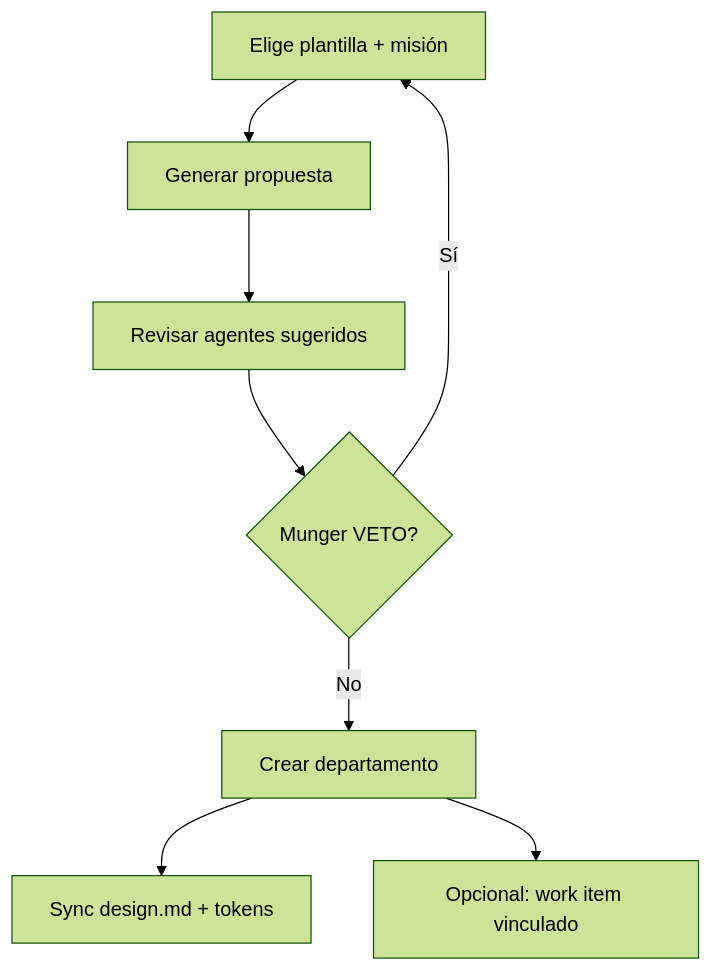
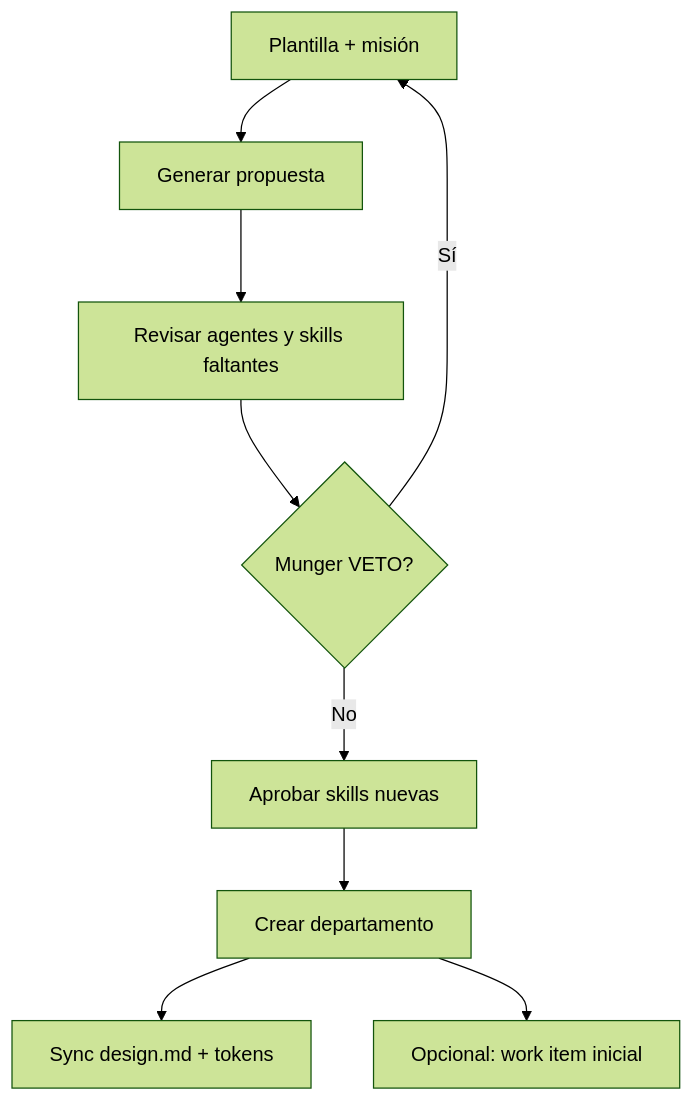
Before and after one commit to kreodevs/ia-company: the diagram in frontend/src/content/help/guia-departamentos.md, drawn with Mermaid (forest theme). The commit also changed other lines of this file and 21 other files, not shown here.

````diff
--- a/frontend/src/content/help/guia-departamentos.md
+++ b/frontend/src/content/help/guia-departamentos.md
@@ -20,10 +32,11 @@
 ```mermaid
 flowchart TD
-  A[Elige plantilla + misión] --> B[Generar propuesta]
-  B --> C[Revisar agentes sugeridos]
+  A[Plantilla + misión] --> B[Generar propuesta]
+  B --> C[Revisar agentes y skills faltantes]
   C --> D{Munger VETO?}
   D -->|Sí| A
-  D -->|No| E[Crear departamento]
-  E --> F[Sync design.md + tokens]
-  E --> G[Opcional: work item vinculado]
+  D -->|No| E[Aprobar skills nuevas]
+  E --> F[Crear departamento]
+  F --> G[Sync design.md + tokens]
+  F --> H[Opcional: work item inicial]
 ```
````
